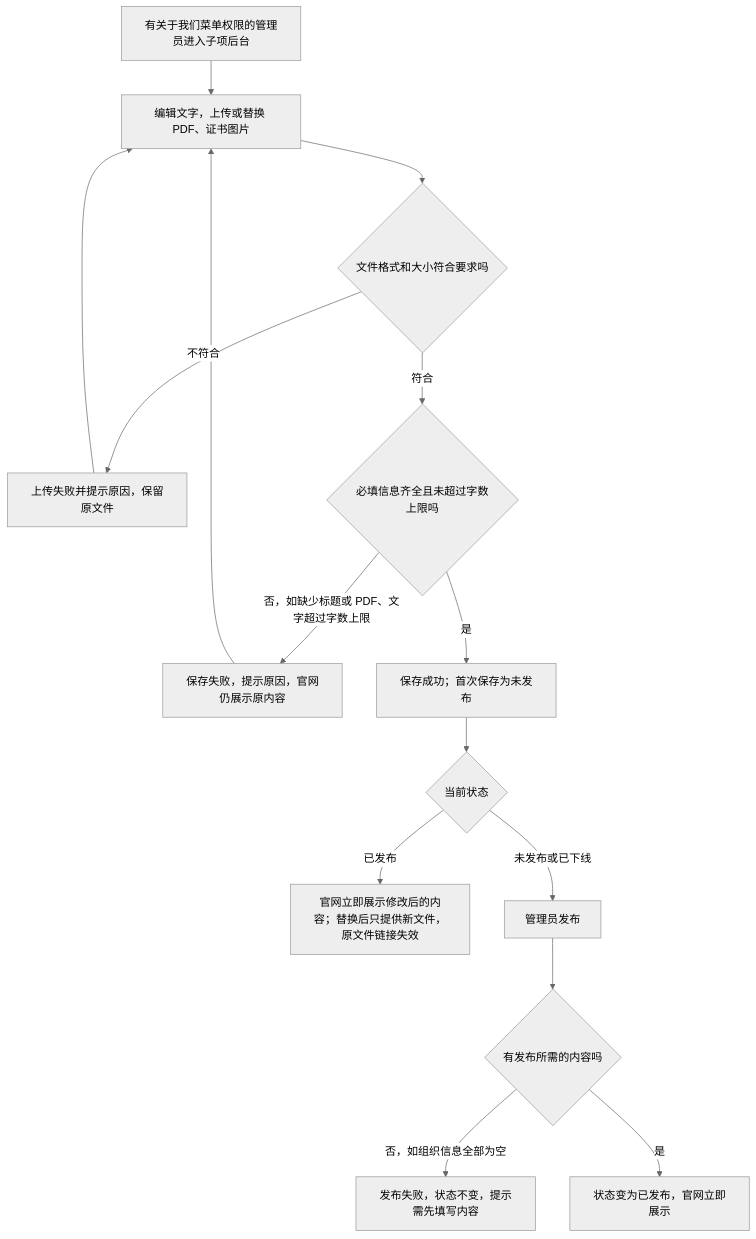
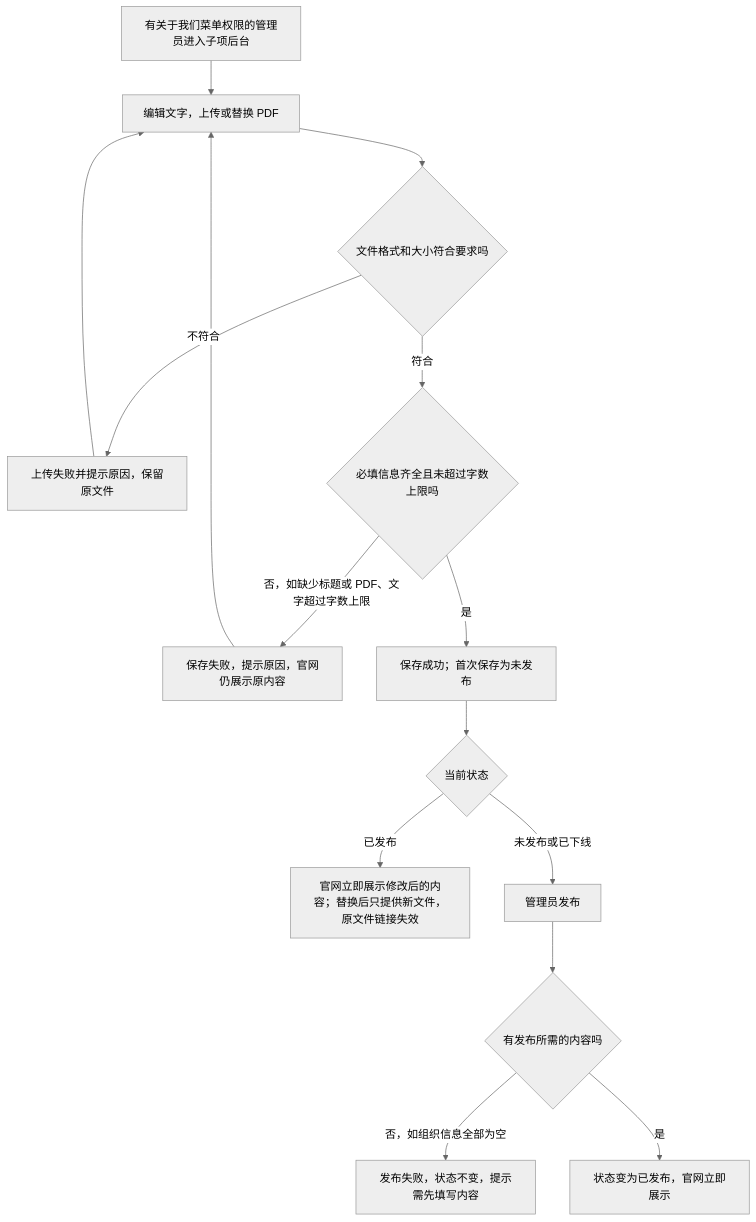
The second of 5 diagrams in prd/about-us/luna-about-us-prd-02-flows.md (wxblockchain/luna), drawn with Mermaid (neutral theme) before and after one commit. The commit also changed 2 other files, not shown here.

Commit message:
docs: 关于我们 PRD 更新为 10-22 07:43 版（组织资格只有文字描述）
组织资格去掉证书图片：同步 01 功能册的原则、术语、展示与字段规则，
02 图 2，以及 04 验收中相关条目（删除 AC-01-03、AC-01-06，新增 AC-01-10）。

````diff
--- a/prd/about-us/luna-about-us-prd-02-flows.md
+++ b/prd/about-us/luna-about-us-prd-02-flows.md
@@ -43,17 +43,17 @@
 ```mermaid
 flowchart TD
-    A[有关于我们菜单权限的管理员进入子项后台] --> B[编辑文字，上传或替换 PDF、证书图片]
+    A[有关于我们菜单权限的管理员进入子项后台] --> B[编辑文字，上传或替换 PDF]
     B --> C{文件格式和大小符合要求吗}
     C -->|不符合| D[上传失败并提示原因，保留原文件]
     D --> B
     C -->|符合| E{必填信息齐全且未超过字数上限吗}
     E -->|否，如缺少标题或 PDF、文字超过字数上限| F[保存失败，提示原因，官网仍展示原内容]
     F --> B
     E -->|是| G[保存成功；首次保存为未发布]
     G --> H{当前状态}
     H -->|已发布| I[官网立即展示修改后的内容；替换后只提供新文件，原文件链接失效]
     H -->|未发布或已下线| J[管理员发布]
     J --> K{有发布所需的内容吗}
     K -->|否，如组织信息全部为空| L[发布失败，状态不变，提示需先填写内容]
     K -->|是| M[状态变为已发布，官网立即展示]
 ```
````
